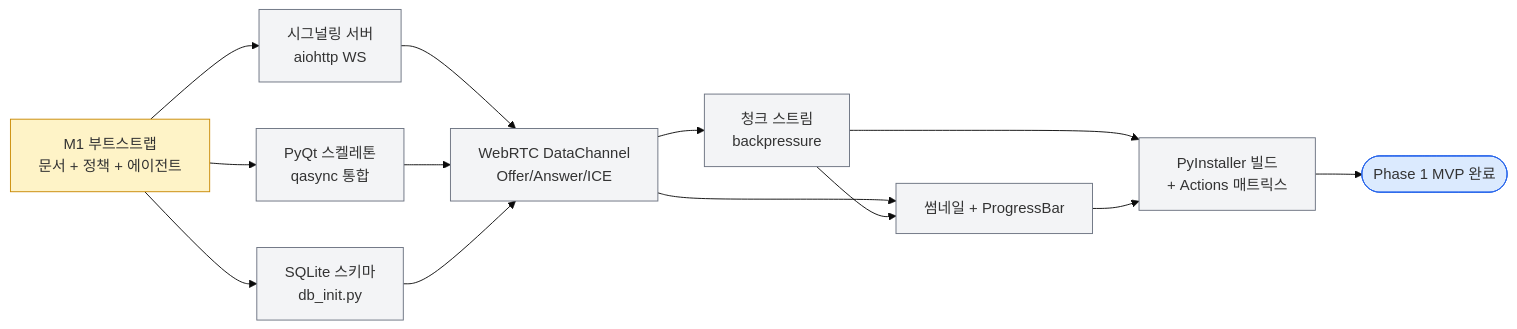
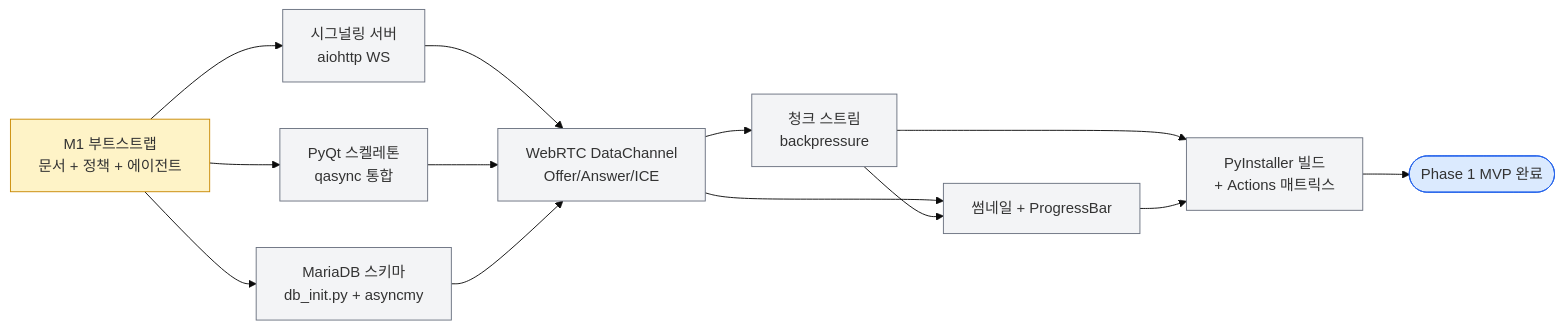
One commit to oneticket99/p2p_msg changed the second of 2 diagrams in docs/exec-plans/active/2026-05-17-tootalk-phase1-mvp.md. Above: the diagram before and after it, drawn with Mermaid (base theme). The commit also changed other lines of this file and 2 other files, not shown here.

First line of the commit message:
fix(plan): 실행계획 MariaDB 회수 — Phase 1 MVP 5 위반 정정

````diff
--- a/docs/exec-plans/active/2026-05-17-tootalk-phase1-mvp.md
+++ b/docs/exec-plans/active/2026-05-17-tootalk-phase1-mvp.md
@@ -199,23 +199,23 @@
 ```mermaid
 flowchart LR
     M1[M1 부트스트랩<br/>문서 + 정책 + 에이전트] --> M2A[시그널링 서버<br/>aiohttp WS]
     M1 --> M2B[PyQt 스켈레톤<br/>qasync 통합]
-    M1 --> M2C[SQLite 스키마<br/>db_init.py]
+    M1 --> M2C[MariaDB 스키마<br/>db_init.py + asyncmy]
     M2A --> M3[WebRTC DataChannel<br/>Offer/Answer/ICE]
     M2B --> M3
     M2C --> M3
     M3 --> M4A[청크 스트림<br/>backpressure]
     M3 --> M4B[썸네일 + ProgressBar]
     M4A --> M4B
     M4A --> M5[PyInstaller 빌드<br/>+ Actions 매트릭스]
     M4B --> M5
     M5 --> DONE([Phase 1 MVP 완료])
 
     classDef done fill:#dcfce7,stroke:#16a34a
     classDef wip fill:#fef3c7,stroke:#ca8a04
     classDef pending fill:#f3f4f6,stroke:#6b7280
     classDef final fill:#dbeafe,stroke:#2563eb
     class M1 wip
     class M2A,M2B,M2C,M3,M4A,M4B,M5 pending
     class DONE final
 ```
````
